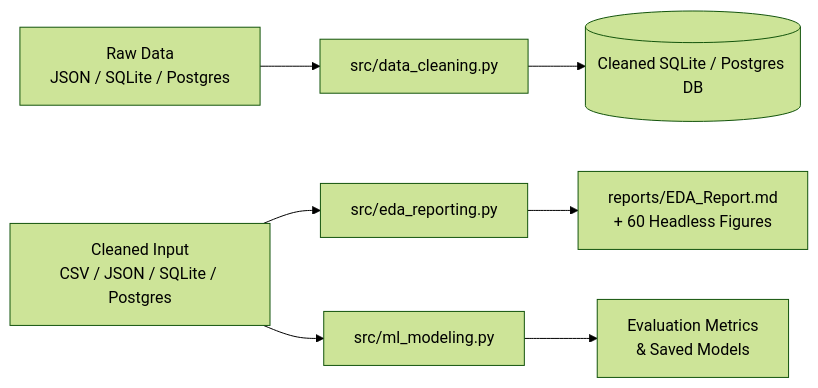
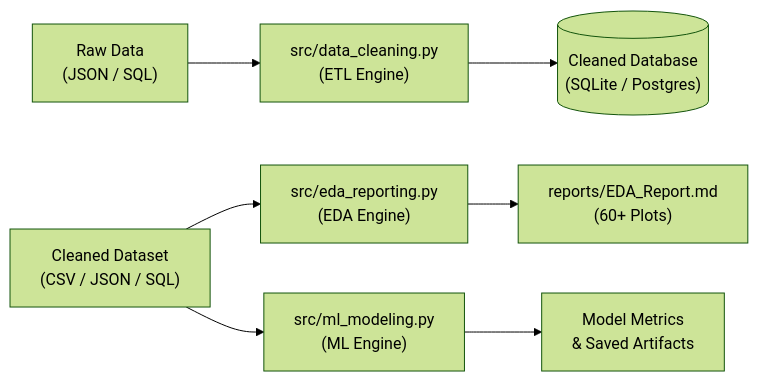
One commit to NotCatfish/Spotify-Analytics-Pipeline changed the second of 2 diagrams in README.md. Above: the diagram before and after it, drawn with Mermaid (forest theme). The commit also changed other lines of this file, not shown here.

Commit message:
docs: fix Mermaid diagram label truncation and font margins

````diff
--- a/README.md
+++ b/README.md
@@ -50,11 +50,11 @@
 ```mermaid
 flowchart LR
-    A[Raw Data<br/>JSON / SQLite / Postgres] --> B[src/data_cleaning.py]
-    B --> C[(Cleaned SQLite / Postgres DB)]
+    A["Raw Data<br/>(JSON / SQL)"] --> B["src/data_cleaning.py<br/>(ETL Engine)"]
+    B --> C[("Cleaned Database<br/>(SQLite / Postgres)")]
     
-    D[Cleaned Input<br/>CSV / JSON / SQLite / Postgres] --> E[src/eda_reporting.py]
-    D --> F[src/ml_modeling.py]
+    D["Cleaned Dataset<br/>(CSV / JSON / SQL)"] --> E["src/eda_reporting.py<br/>(EDA Engine)"]
+    D --> F["src/ml_modeling.py<br/>(ML Engine)"]
     
-    E --> G[reports/EDA_Report.md<br/>+ 60 Headless Figures]
-    F --> H[Evaluation Metrics<br/>& Saved Models]
+    E --> G["reports/EDA_Report.md<br/>(60+ Plots)"]
+    F --> H["Model Metrics<br/>& Saved Artifacts"]
 ```
````
